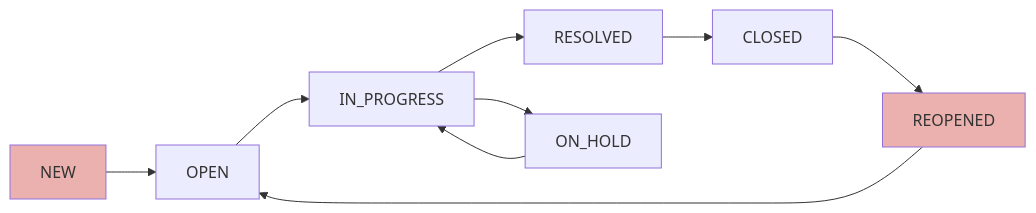
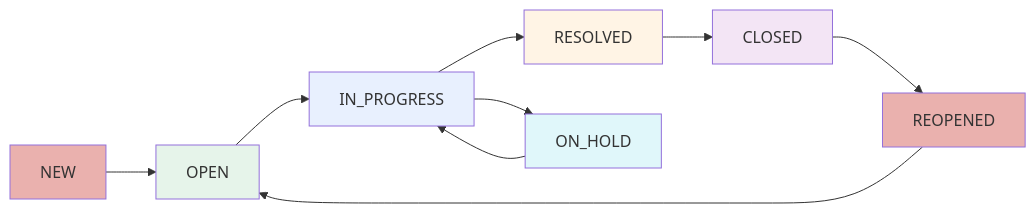
One commit to salmanb74-dev/ntg-ticket changed the sixth of 7 diagrams in NTG-Ticket-User Guide.md. Above: the diagram before and after it, drawn with Mermaid. The commit also changed other lines of this file, not shown here.

````diff
--- a/NTG-Ticket-User Guide.md
+++ b/NTG-Ticket-User Guide.md
@@ -258,13 +278,18 @@
 ```mermaid
 flowchart LR
     A[NEW] --> B[OPEN]
     B --> C[IN_PROGRESS]
     C --> D[RESOLVED]
     D --> E[CLOSED]
     C --> F[ON_HOLD]
     F --> C
     E --> G[REOPENED]
     G --> B
     style A fill:#EAB1AE
+    style B fill:#E6F4EA
+    style C fill:#E8F0FE
+    style D fill:#FFF4E5
+    style E fill:#F3E5F5
+    style F fill:#E0F7FA
     style G fill:#EAB1AE
 ```
````
